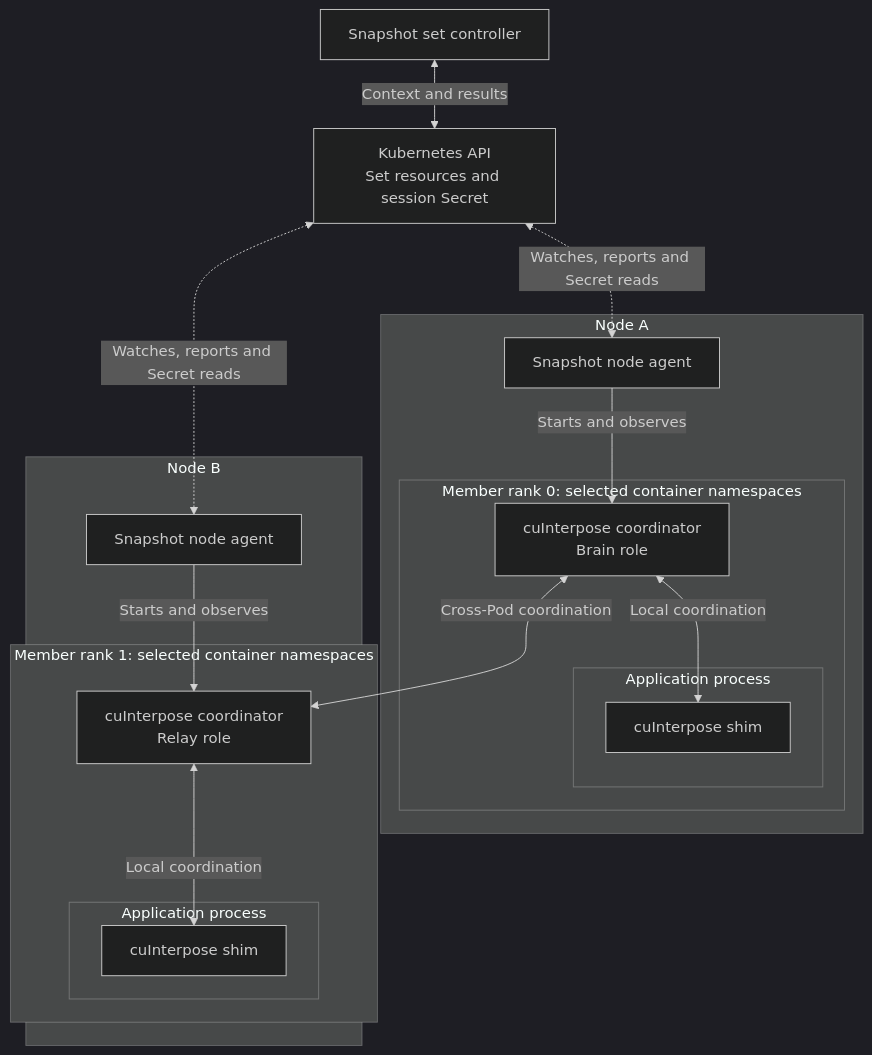
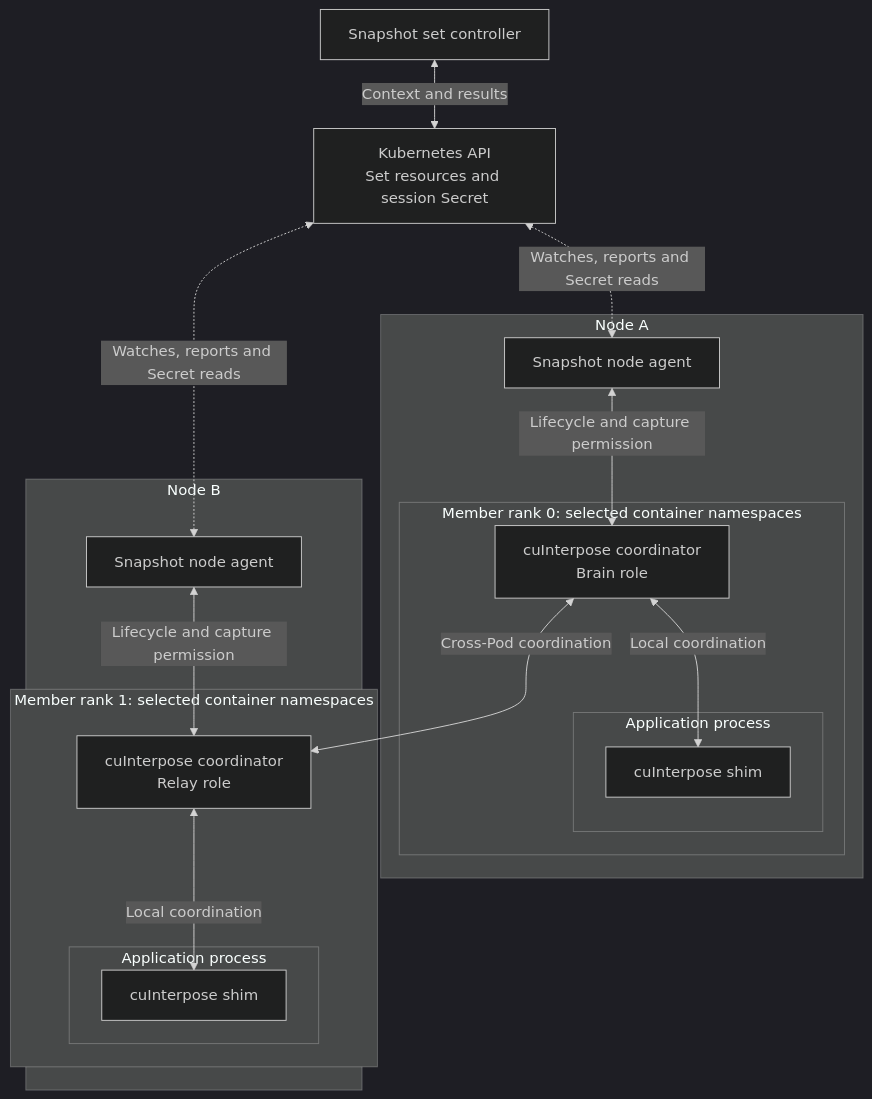
Before and after one commit to ai-dynamo/snapshot: the first of 5 diagrams in docs/proposals/324-multi-pod-snapshot-restore/README.md, drawn with Mermaid (dark theme). The commit also changed other lines of this file, not shown here.

````diff
--- a/docs/proposals/324-multi-pod-snapshot-restore/README.md
+++ b/docs/proposals/324-multi-pod-snapshot-restore/README.md
@@ -215,29 +218,29 @@
 ```mermaid
 flowchart TB
     C["Snapshot set controller"] <-->|"Context and results"| K["Kubernetes API<br/>Set resources and session Secret"]
     K <-.->|"Watches, reports and Secret reads"| A0
     K <-.->|"Watches, reports and Secret reads"| A1
     subgraph N0["Node A"]
         A0["Snapshot node agent"]
         subgraph P0["Member rank 0: selected container namespaces"]
             B["cuInterpose coordinator<br/>Brain role"]
             subgraph APP0["Application process"]
                 S0["cuInterpose shim"]
             end
             B <-->|"Local coordination"| S0
         end
-        A0 -->|"Starts and observes"| B
+        A0 <-->|"Lifecycle and capture permission"| B
     end
     subgraph N1["Node B"]
         A1["Snapshot node agent"]
         subgraph P1["Member rank 1: selected container namespaces"]
             R["cuInterpose coordinator<br/>Relay role"]
             subgraph APP1["Application process"]
                 S1["cuInterpose shim"]
             end
             R <-->|"Local coordination"| S1
         end
-        A1 -->|"Starts and observes"| R
+        A1 <-->|"Lifecycle and capture permission"| R
     end
     B <-->|"Cross-Pod coordination"| R
 ```
````
